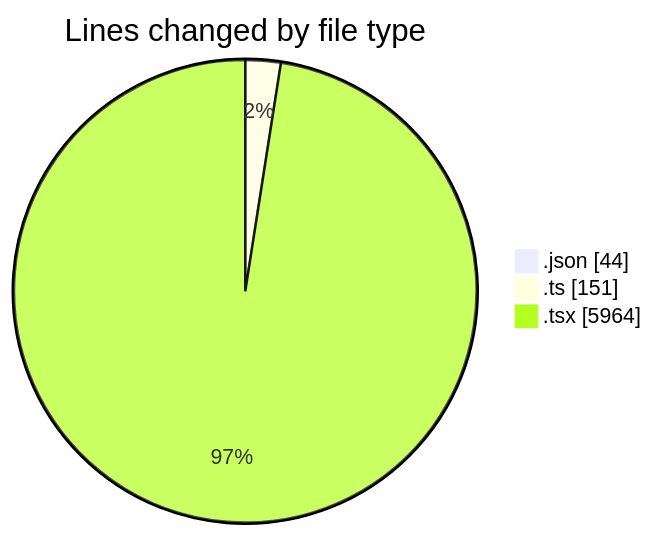
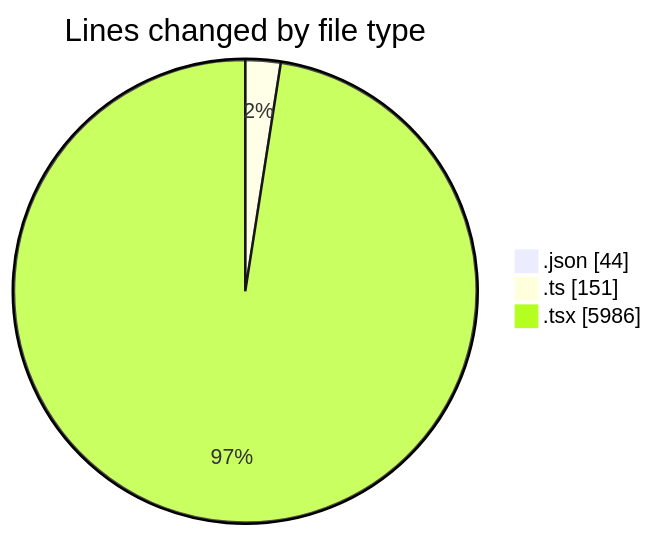
One commit to julien-gomy/code-tracking changed the first of 2 diagrams in 2025-10-24/eventscop-frontend-guide__workspace_/README.md. Above: the diagram before and after it, drawn with Mermaid. The commit also changed other lines of this file and 1 other file, not shown here.

````diff
--- a/2025-10-24/eventscop-frontend-guide__workspace_/README.md
+++ b/2025-10-24/eventscop-frontend-guide__workspace_/README.md
@@ -39,7 +39,7 @@
 ```mermaid
 pie showData
 title Lines changed by file type
 ".json" : 44
 ".ts" : 151
-".tsx" : 5964
+".tsx" : 5986
 ```
````
